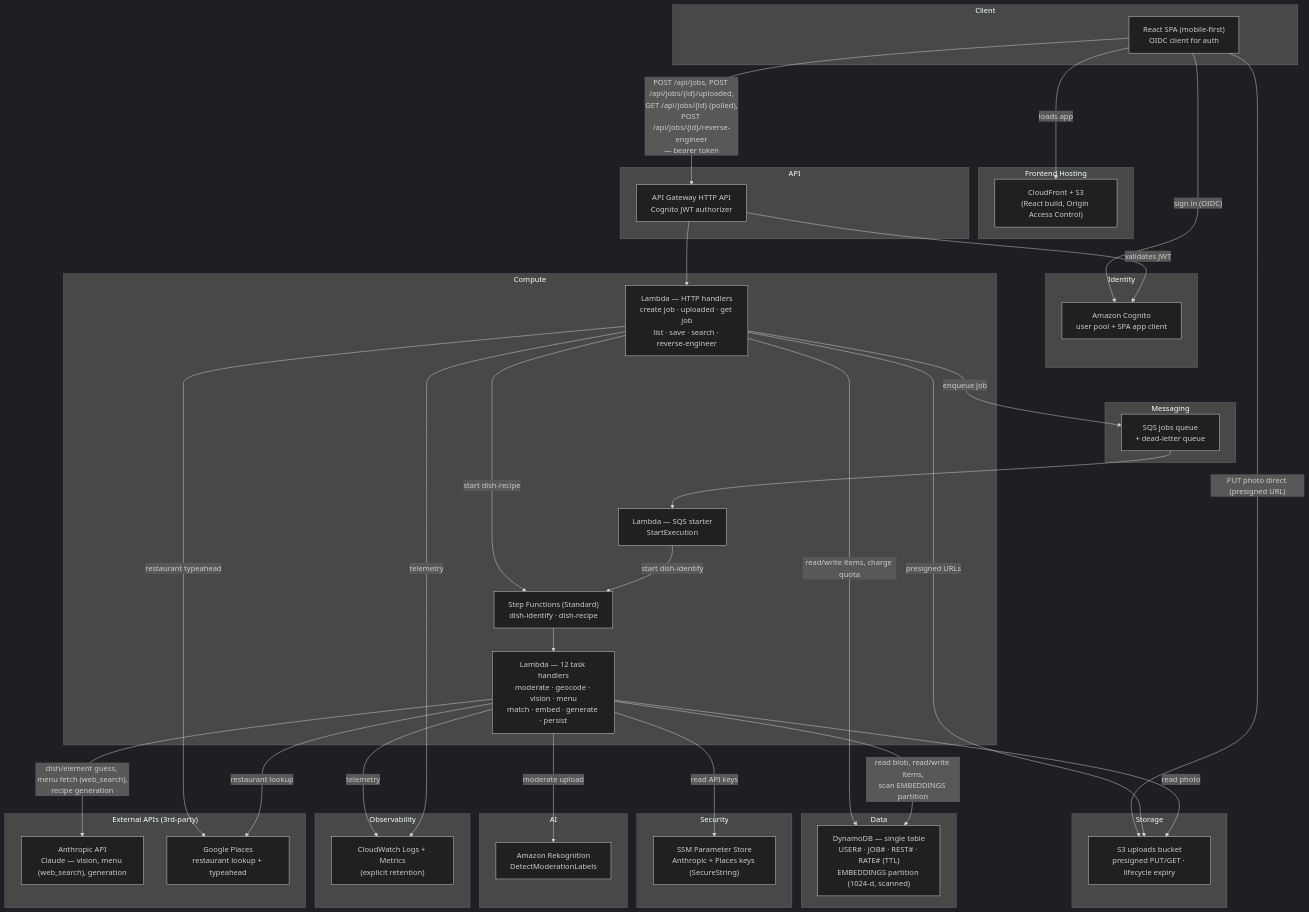
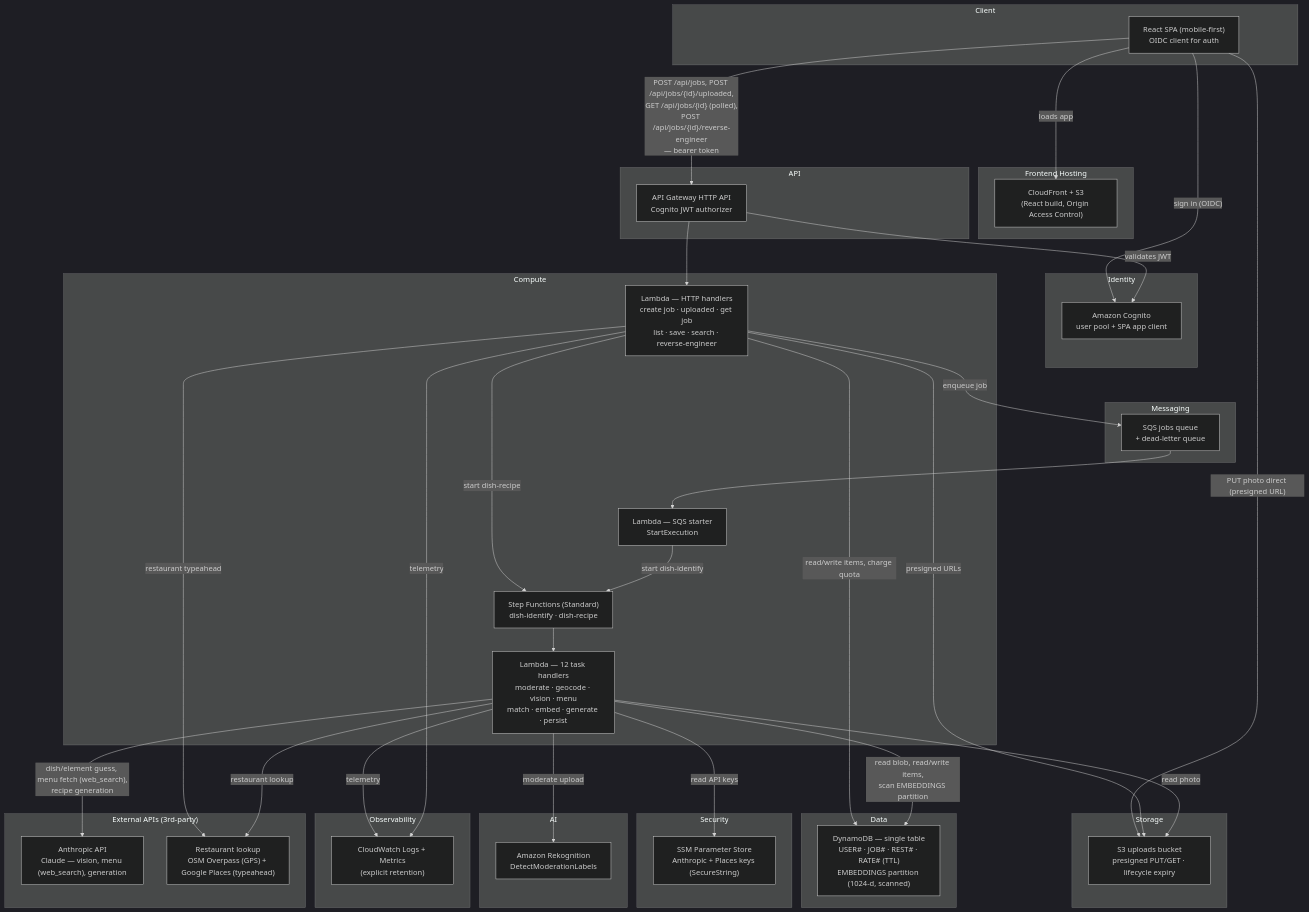
The diagram in docs/architecture.md (joelwood420/Replate), drawn with Mermaid (dark theme) before and after one commit. The commit also changed other lines of this file and 7 other files, not shown here.

First line of the commit message:
Use OSM Overpass for GPS restaurant lookup, with a Claude fallback

````diff
--- a/docs/architecture.md
+++ b/docs/architecture.md
@@ -30,80 +30,80 @@
 ```mermaid
 flowchart TB
     subgraph Client["Client"]
         Browser["React SPA (mobile-first)<br/>OIDC client for auth"]
     end
 
     subgraph Identity["Identity"]
         Cognito["Amazon Cognito<br/>user pool + SPA app client"]
     end
 
     subgraph Hosting["Frontend Hosting"]
         CF["CloudFront + S3<br/>(React build, Origin Access Control)"]
     end
 
     subgraph Edge["API"]
         APIGW["API Gateway HTTP API<br/>Cognito JWT authorizer"]
     end
 
     subgraph Compute["Compute"]
         HttpFns["Lambda — HTTP handlers<br/>create job · uploaded · get job<br/>list · save · search · reverse-engineer"]
         Starter["Lambda — SQS starter<br/>StartExecution"]
         SFN["Step Functions (Standard)<br/>dish-identify · dish-recipe"]
         TaskFns["Lambda — 12 task handlers<br/>moderate · geocode · vision · menu<br/>match · embed · generate · persist"]
     end
 
     subgraph Messaging["Messaging"]
         SQS["SQS jobs queue<br/>+ dead-letter queue"]
     end
 
     subgraph Storage["Storage"]
         S3U["S3 uploads bucket<br/>presigned PUT/GET · lifecycle expiry"]
     end
 
     subgraph Data["Data"]
         DDB["DynamoDB — single table<br/>USER# · JOB# · REST# · RATE# (TTL)<br/>EMBEDDINGS partition (1024-d, scanned)"]
     end
 
     subgraph Security["Security"]
         SSM["SSM Parameter Store<br/>Anthropic + Places keys (SecureString)"]
     end
 
     subgraph AI["AI"]
         Rek["Amazon Rekognition<br/>DetectModerationLabels"]
     end
 
     subgraph Observability["Observability"]
         CW["CloudWatch Logs + Metrics<br/>(explicit retention)"]
     end
 
     subgraph External["External APIs (3rd-party)"]
         Anthropic["Anthropic API<br/>Claude — vision, menu (web_search), generation"]
-        Places["Google Places<br/>restaurant lookup + typeahead"]
+        Places["Restaurant lookup<br/>OSM Overpass (GPS) + Google Places (typeahead)"]
     end
 
     Browser -- "sign in (OIDC)" --> Cognito
     Browser -- "loads app" --> CF
     Browser -- "POST /api/jobs, POST /api/jobs/{id}/uploaded,<br/>GET /api/jobs/{id} (polled),<br/>POST /api/jobs/{id}/reverse-engineer<br/>— bearer token" --> APIGW
     Browser -- "PUT photo direct (presigned URL)" --> S3U
 
     APIGW -- "validates JWT" --> Cognito
     APIGW --> HttpFns
     HttpFns -- "presigned URLs" --> S3U
     HttpFns -- "enqueue job" --> SQS
     HttpFns -- "read/write items, charge quota" --> DDB
     HttpFns -- "start dish-recipe" --> SFN
     HttpFns -- "restaurant typeahead" --> Places
 
     SQS --> Starter
     Starter -- "start dish-identify" --> SFN
     SFN --> TaskFns
 
     TaskFns -- "moderate upload" --> Rek
     TaskFns -- "dish/element guess, menu fetch (web_search),<br/>recipe generation" --> Anthropic
     TaskFns -- "restaurant lookup" --> Places
     TaskFns -- "read blob, read/write items,<br/>scan EMBEDDINGS partition" --> DDB
     TaskFns -- "read photo" --> S3U
     TaskFns -- "read API keys" --> SSM
     TaskFns -- "telemetry" --> CW
     HttpFns -- "telemetry" --> CW
 ```
````
